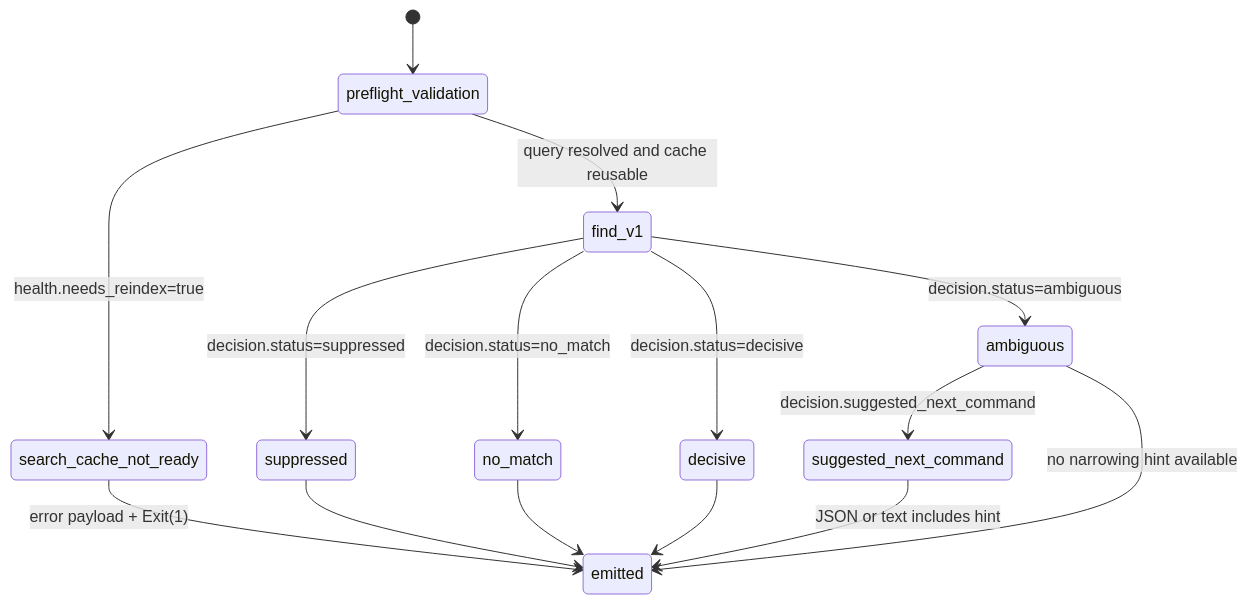
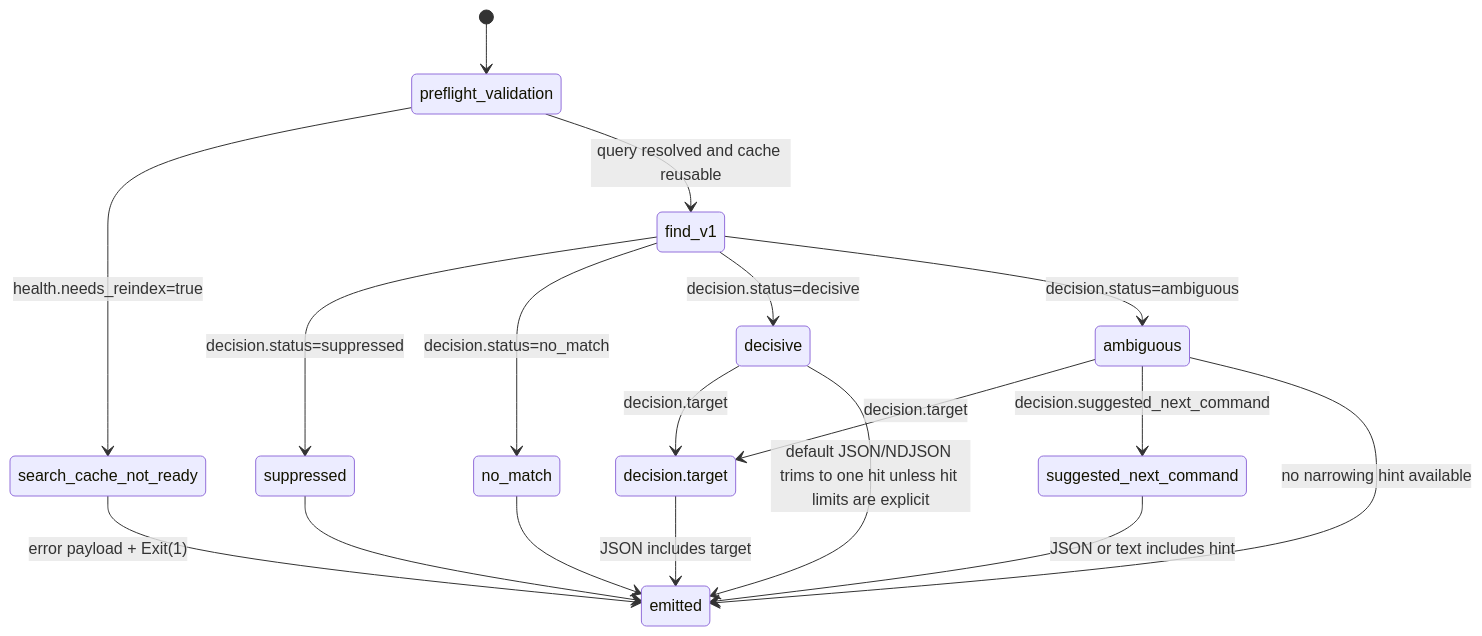
One commit to asmundur/gloggur changed the diagram in docs/state-diagrams/find-command-state.md. Above: the diagram before and after it, drawn with Mermaid. The commit also changed other lines of this file and 13 other files, not shown here.

````diff
--- a/docs/state-diagrams/find-command-state.md
+++ b/docs/state-diagrams/find-command-state.md
@@ -15,30 +16,34 @@
 ```mermaid
 stateDiagram-v2
     [*] --> preflight_validation
 
     state "preflight_validation" as preflight_validation
     state "search_cache_not_ready" as search_cache_not_ready
     state "find_v1" as find_v1
     state "suppressed" as suppressed
     state "no_match" as no_match
     state "decisive" as decisive
     state "ambiguous" as ambiguous
+    state "decision.target" as decision_target
     state "suggested_next_command" as suggested_next_command
     state "emitted" as emitted
 
     preflight_validation --> search_cache_not_ready: health.needs_reindex=true
     preflight_validation --> find_v1: query resolved and cache reusable
 
     find_v1 --> suppressed: decision.status=suppressed
     find_v1 --> no_match: decision.status=no_match
     find_v1 --> decisive: decision.status=decisive
     find_v1 --> ambiguous: decision.status=ambiguous
 
+    decisive --> decision_target: decision.target
+    ambiguous --> decision_target: decision.target
+    decision_target --> emitted: JSON includes target
     ambiguous --> suggested_next_command: decision.suggested_next_command
     suggested_next_command --> emitted: JSON or text includes hint
     suppressed --> emitted
     no_match --> emitted
-    decisive --> emitted
+    decisive --> emitted: default JSON/NDJSON trims to one hit unless hit limits are explicit
     ambiguous --> emitted: no narrowing hint available
     search_cache_not_ready --> emitted: error payload + Exit(1)
 ```
````
